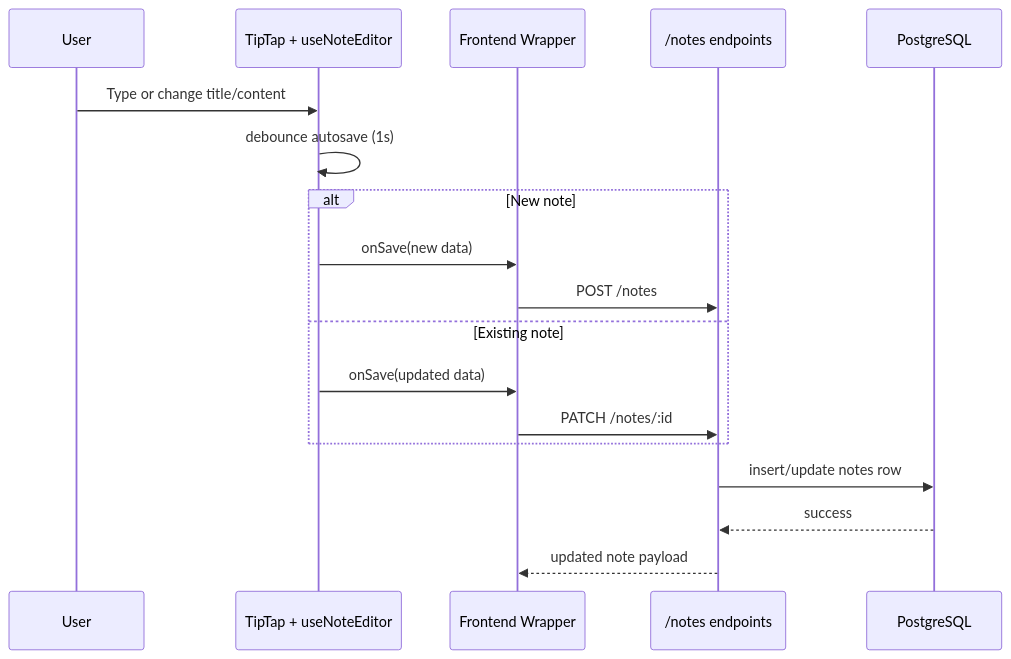
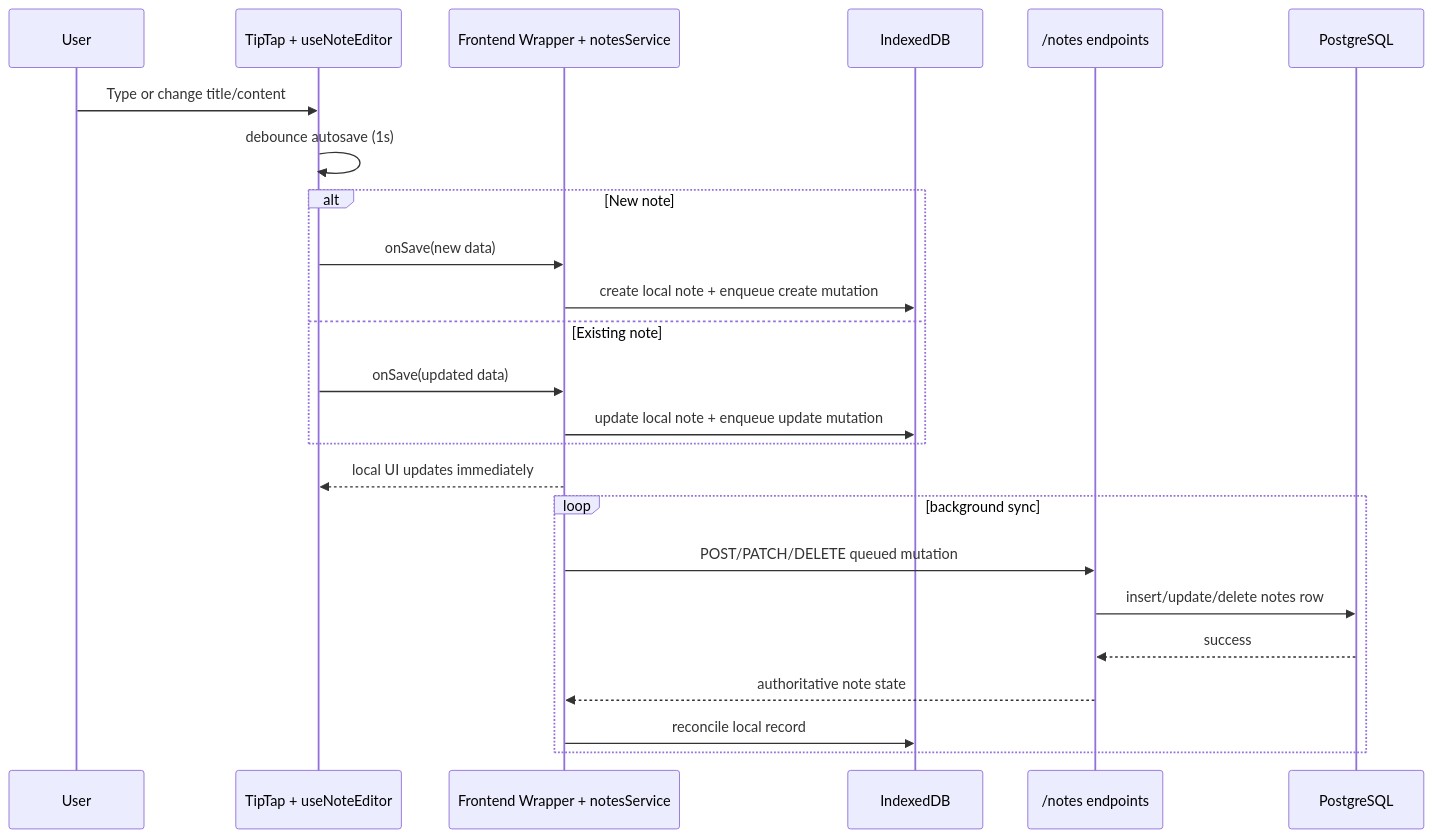
Before and after one commit to duongdk099/cluster-offline: the fifth of 10 diagrams in architecture.md, drawn with Mermaid. The commit also changed other lines of this file and 22 other files, not shown here.

First line of the commit message:
feat: implement local-first note management with IndexedDB

````diff
--- a/architecture.md
+++ b/architecture.md
@@ -80,23 +84,30 @@
 ```mermaid
 sequenceDiagram
     participant U as User
     participant Editor as TipTap + useNoteEditor
-    participant FE as Frontend Wrapper
+    participant FE as Frontend Wrapper + notesService
+    participant IDB as IndexedDB
     participant API as /notes endpoints
     participant DB as PostgreSQL
 
     U->>Editor: Type or change title/content
     Editor->>Editor: debounce autosave (1s)
 
     alt New note
         Editor->>FE: onSave(new data)
-        FE->>API: POST /notes
+        FE->>IDB: create local note + enqueue create mutation
     else Existing note
         Editor->>FE: onSave(updated data)
-        FE->>API: PATCH /notes/:id
+        FE->>IDB: update local note + enqueue update mutation
     end
 
-    API->>DB: insert/update notes row
-    DB-->>API: success
-    API-->>FE: updated note payload
+    FE-->>Editor: local UI updates immediately
+
+    loop background sync
+        FE->>API: POST/PATCH/DELETE queued mutation
+        API->>DB: insert/update/delete notes row
+        DB-->>API: success
+        API-->>FE: authoritative note state
+        FE->>IDB: reconcile local record
+    end
 ```
````
